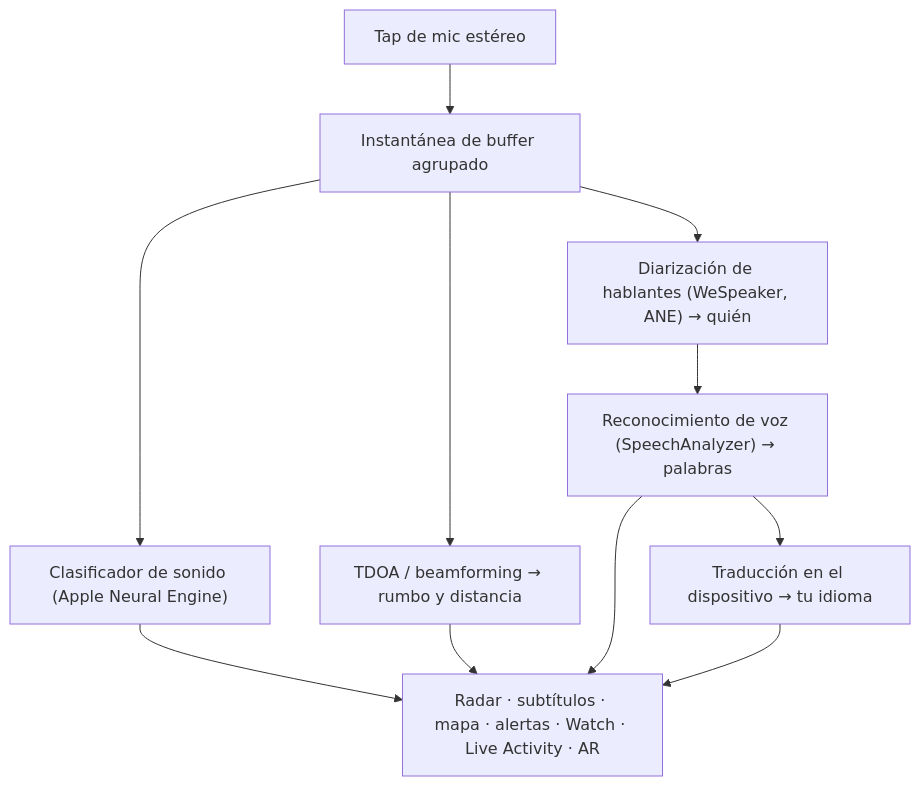
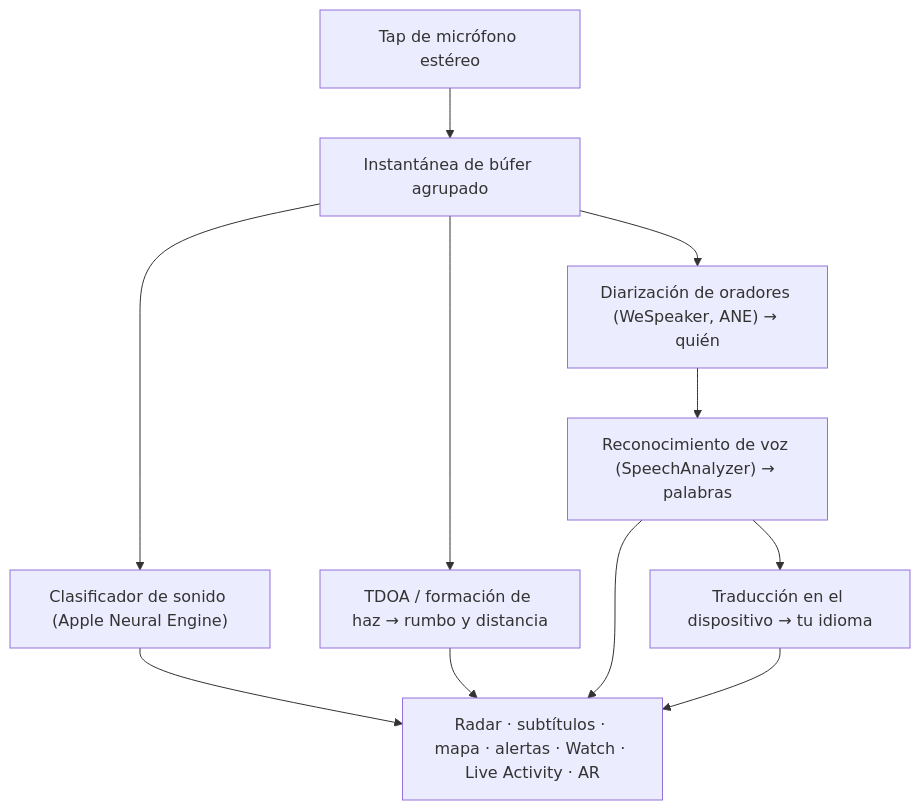
One commit to rpalm01-star/VigilantEarLegal changed the diagram in README_es.md. Above: the diagram before and after it, drawn with Mermaid. The commit also changed other lines of this file and 31 other files, not shown here.

````diff
--- a/README_es.md
+++ b/README_es.md
@@ -93,10 +93,10 @@
 ```mermaid
 graph TD
-    A["Tap de mic estéreo"] --> B["Instantánea de buffer agrupado"]
+    A["Tap de micrófono estéreo"] --> B["Instantánea de búfer agrupado"]
     B --> C["Clasificador de sonido (Apple Neural Engine)"]
-    B --> D["TDOA / beamforming → rumbo y distancia"]
-    B --> E["Diarización de hablantes (WeSpeaker, ANE) → quién"]
+    B --> D["TDOA / formación de haz → rumbo y distancia"]
+    B --> E["Diarización de oradores (WeSpeaker, ANE) → quién"]
     E --> F["Reconocimiento de voz (SpeechAnalyzer) → palabras"]
     F --> G["Traducción en el dispositivo → tu idioma"]
     C & D & F & G --> H["Radar · subtítulos · mapa · alertas · Watch · Live Activity · AR"]
 ```
````
